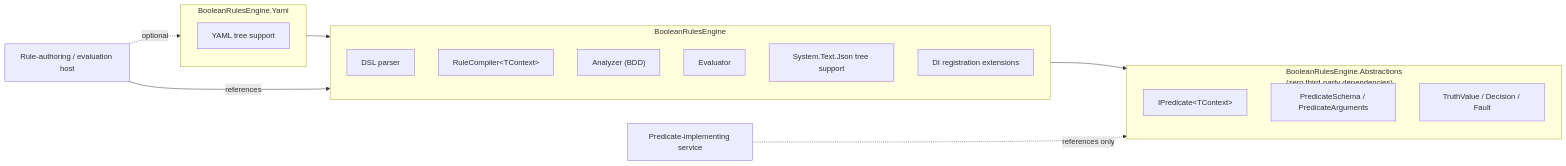
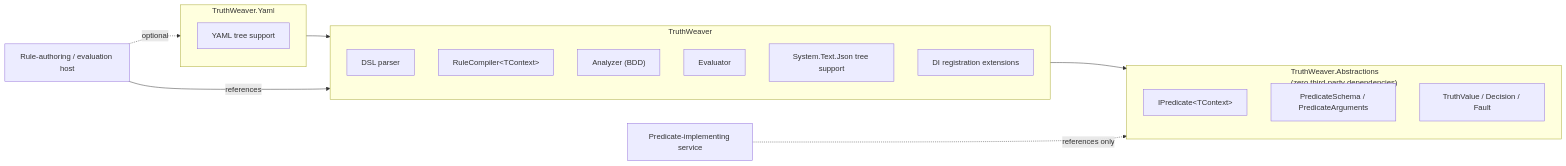
The first of 3 diagrams in README.md (rheone/Boolean-Rules-Engine), drawn with Mermaid before and after one commit. The commit also changed other lines of this file and 4 other files, not shown here.

First line of the commit message:
Update README, CONTEXT.md, and ADRs to the TruthWeaver name (ticket 04)

````diff
--- a/README.md
+++ b/README.md
@@ -189,28 +189,28 @@
 ```mermaid
 flowchart LR
-    subgraph Abstractions["BooleanRulesEngine.Abstractions<br/>(zero third-party dependencies)"]
+    subgraph Abstractions["TruthWeaver.Abstractions<br/>(zero third-party dependencies)"]
         IPredicate["IPredicate&lt;TContext&gt;"]
         Schema["PredicateSchema / PredicateArguments"]
         Truth["TruthValue / Decision / Fault"]
     end
 
-    subgraph Core["BooleanRulesEngine"]
+    subgraph Core["TruthWeaver"]
         Parser["DSL parser"]
         Compiler["RuleCompiler&lt;TContext&gt;"]
         Analyzer["Analyzer (BDD)"]
         Evaluator["Evaluator"]
         Json["System.Text.Json tree support"]
         DI["DI registration extensions"]
     end
 
-    subgraph YamlPkg["BooleanRulesEngine.Yaml"]
+    subgraph YamlPkg["TruthWeaver.Yaml"]
         Yaml["YAML tree support"]
     end
 
     Core --> Abstractions
     YamlPkg --> Core
 
     App["Predicate-implementing service"] -.->|"references only"| Abstractions
     Host["Rule-authoring / evaluation host"] -->|"references"| Core
     Host -.->|"optional"| YamlPkg
 ```
````
